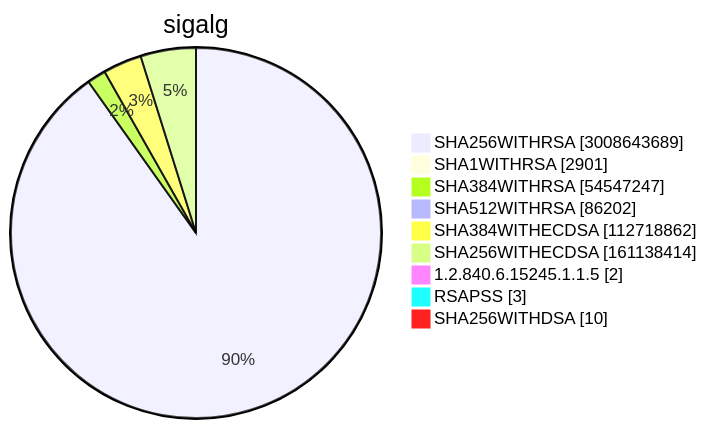
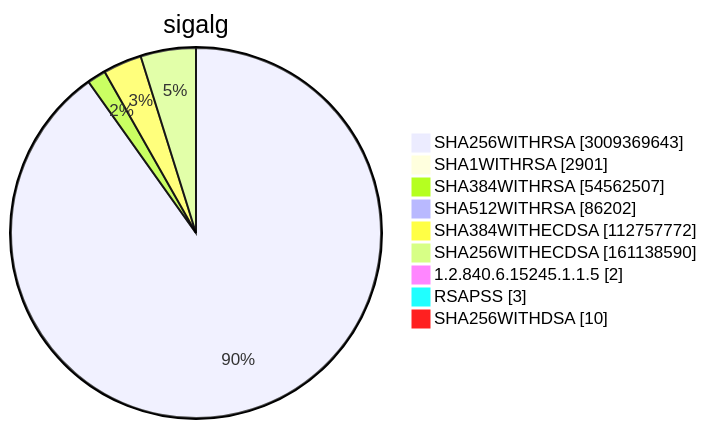
One commit to christiankrug/ctmonitor_visualization changed diagram 15 of 15 in TOTAL/README.md. Above: the diagram before and after it, drawn with Mermaid. The commit also changed other lines of this file, not shown here.

````diff
--- a/TOTAL/README.md
+++ b/TOTAL/README.md
@@ -6208,13 +6208,13 @@
 ```mermaid
 pie showData
 title sigalg
-"SHA256WITHRSA" :3008643689
+"SHA256WITHRSA" :3009369643
 "SHA1WITHRSA" :2901
-"SHA384WITHRSA" :54547247
+"SHA384WITHRSA" :54562507
 "SHA512WITHRSA" :86202
-"SHA384WITHECDSA" :112718862
-"SHA256WITHECDSA" :161138414
+"SHA384WITHECDSA" :112757772
+"SHA256WITHECDSA" :161138590
 "1.2.840.6.15245.1.1.5" :2
 "RSAPSS" :3
 "SHA256WITHDSA" :10
 ```
````
